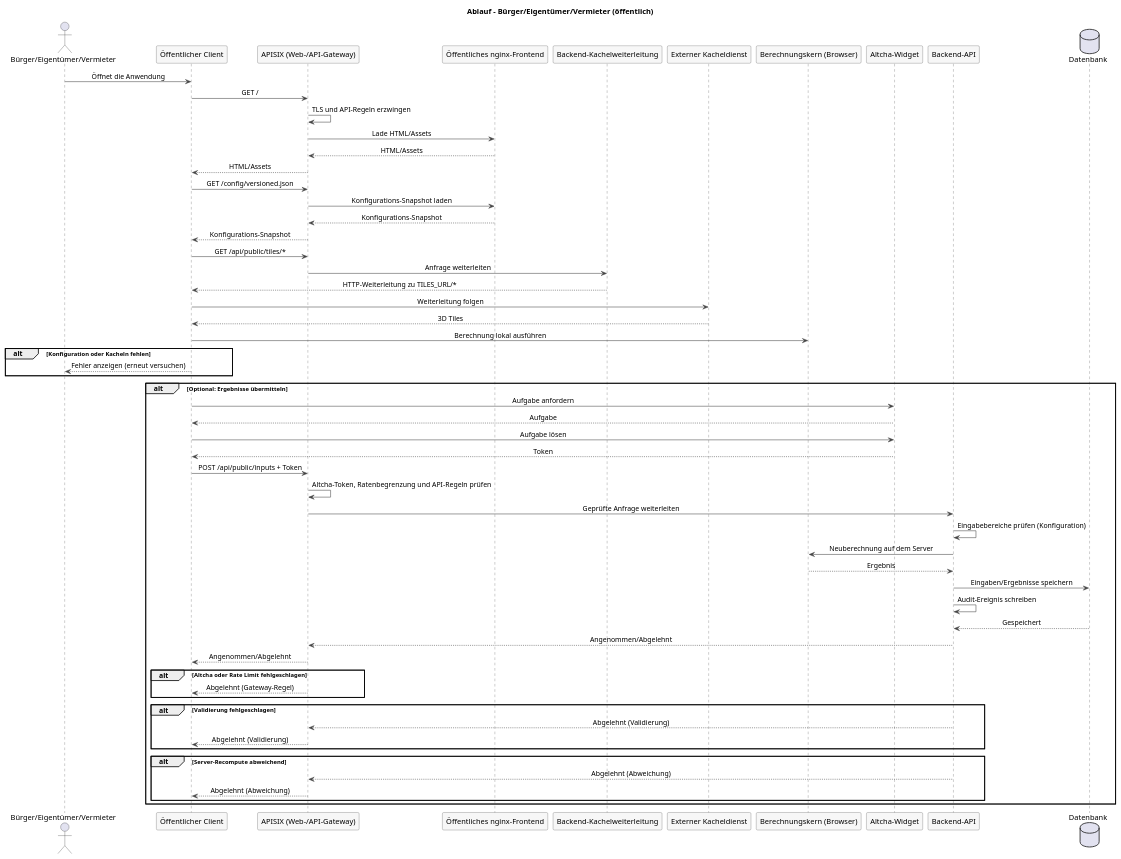
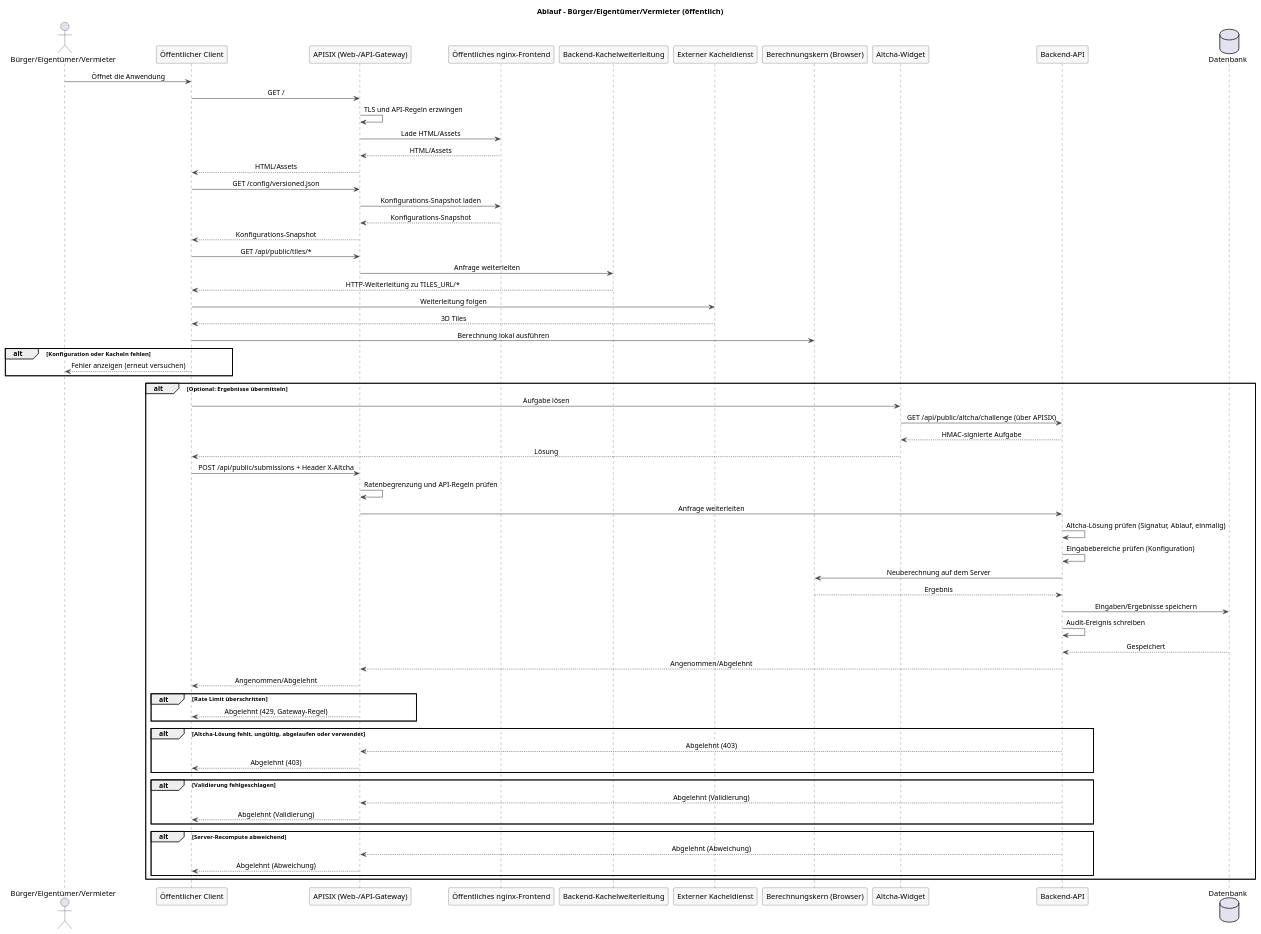
The diagram in apps/backend/docs/architecture/raw/runtime-flow-public.puml (csi-FOXBYTE/Regensburg_DigitalerEnergieZwilling_MonoRepo), drawn with PlantUML before and after one commit. The commit also changed 13 other files, not shown here.

Commit message:
docs: described the backend Altcha check of the public writes

```diff
--- a/apps/backend/docs/architecture/raw/runtime-flow-public.puml
+++ b/apps/backend/docs/architecture/raw/runtime-flow-public.puml
@@ -1,82 +1,88 @@
 @startuml
 skinparam sequenceMessageAlign center
 skinparam responseMessageBelowArrow true
 skinparam sequence {
   ParticipantBorderColor #444444
   ParticipantBackgroundColor #F7F7F7
   LifeLineBorderColor #444444
   ArrowColor #444444
   NoteBorderColor #444444
   NoteBackgroundColor #F7F7F7
 }
 
 title Ablauf - Bürger/Eigentümer/Vermieter (öffentlich)
 
 actor "Bürger/Eigentümer/Vermieter" as user
 participant "Öffentlicher Client" as client
 participant "APISIX (Web-/API-Gateway)" as gateway
 participant "Öffentliches nginx-Frontend" as public_static
 participant "Backend-Kachelweiterleitung" as tiles_redirect
 participant "Externer Kacheldienst" as tiles
 participant "Berechnungskern (Browser)" as calc
 participant "Altcha-Widget" as altcha
 participant "Backend-API" as api
 database "Datenbank" as db
 
 user -> client: Öffnet die Anwendung
 client -> gateway: GET /
 gateway -> gateway: TLS und API-Regeln erzwingen
 gateway -> public_static: Lade HTML/Assets
 public_static --> gateway: HTML/Assets
 gateway --> client: HTML/Assets
 
 client -> gateway: GET /config/versioned.json
 gateway -> public_static: Konfigurations-Snapshot laden
 public_static --> gateway: Konfigurations-Snapshot
 gateway --> client: Konfigurations-Snapshot
 
 client -> gateway: GET /api/public/tiles/*
 gateway -> tiles_redirect: Anfrage weiterleiten
 tiles_redirect --> client: HTTP-Weiterleitung zu TILES_URL/*
 client -> tiles: Weiterleitung folgen
 tiles --> client: 3D Tiles
 
 client -> calc: Berechnung lokal ausführen
 
 alt Konfiguration oder Kacheln fehlen
   client --> user: Fehler anzeigen (erneut versuchen)
 end
 
 alt Optional: Ergebnisse übermitteln
-  client -> altcha: Aufgabe anfordern
-  altcha --> client: Aufgabe
   client -> altcha: Aufgabe lösen
-  altcha --> client: Token
-  client -> gateway: POST /api/public/inputs + Token
-  gateway -> gateway: Altcha-Token, Ratenbegrenzung und API-Regeln prüfen
-  gateway -> api: Geprüfte Anfrage weiterleiten
+  altcha -> api: GET /api/public/altcha/challenge (über APISIX)
+  api --> altcha: HMAC-signierte Aufgabe
+  altcha --> client: Lösung
+  client -> gateway: POST /api/public/submissions + Header X-Altcha
+  gateway -> gateway: Ratenbegrenzung und API-Regeln prüfen
+  gateway -> api: Anfrage weiterleiten
+  api -> api: Altcha-Lösung prüfen (Signatur, Ablauf, einmalig)
   api -> api: Eingabebereiche prüfen (Konfiguration)
   api -> calc: Neuberechnung auf dem Server
   calc --> api: Ergebnis
   api -> db: Eingaben/Ergebnisse speichern
   api -> api: Audit-Ereignis schreiben
   db --> api: Gespeichert
   api --> gateway: Angenommen/Abgelehnt
   gateway --> client: Angenommen/Abgelehnt
 
-  alt Altcha oder Rate Limit fehlgeschlagen
-    gateway --> client: Abgelehnt (Gateway-Regel)
+  alt Rate Limit überschritten
+    gateway --> client: Abgelehnt (429, Gateway-Regel)
+  end
+
+  alt Altcha-Lösung fehlt, ungültig, abgelaufen oder verwendet
+    api --> gateway: Abgelehnt (403)
+    gateway --> client: Abgelehnt (403)
   end
 
   alt Validierung fehlgeschlagen
     api --> gateway: Abgelehnt (Validierung)
     gateway --> client: Abgelehnt (Validierung)
   end
 
   alt Server-Recompute abweichend
     api --> gateway: Abgelehnt (Abweichung)
     gateway --> client: Abgelehnt (Abweichung)
   end
 end
 
 @enduml
```
